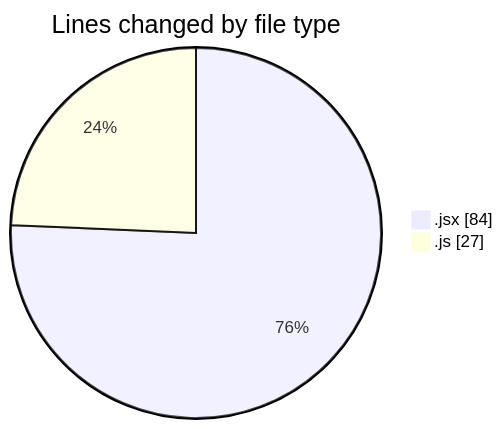
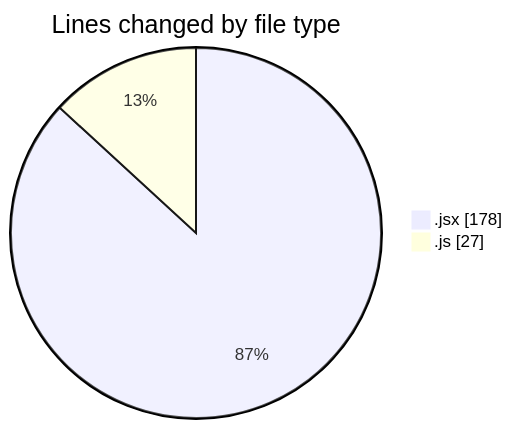
One commit to nxtqubesakshisongat/code-tracking changed the first of 2 diagrams in 2025-05-16/argos-dev/README.md. Above: the diagram before and after it, drawn with Mermaid. The commit also changed other lines of this file and 1 other file, not shown here.

````diff
--- a/2025-05-16/argos-dev/README.md
+++ b/2025-05-16/argos-dev/README.md
@@ -21,6 +21,6 @@
 ```mermaid
 pie showData
 title Lines changed by file type
-".jsx" : 84
+".jsx" : 178
 ".js" : 27
 ```
````
